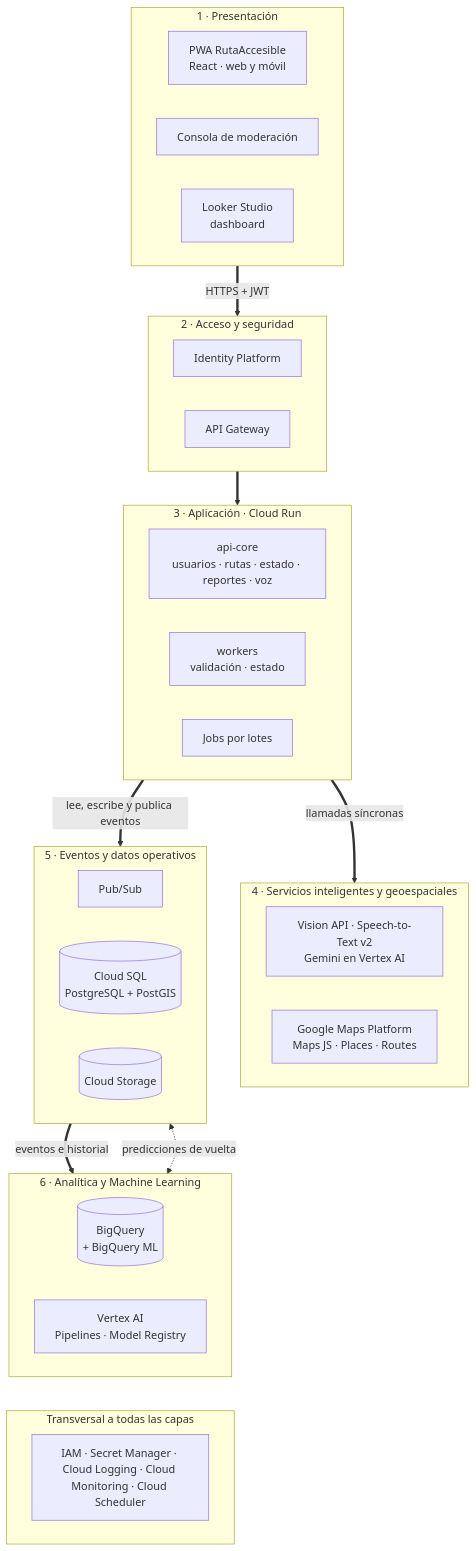
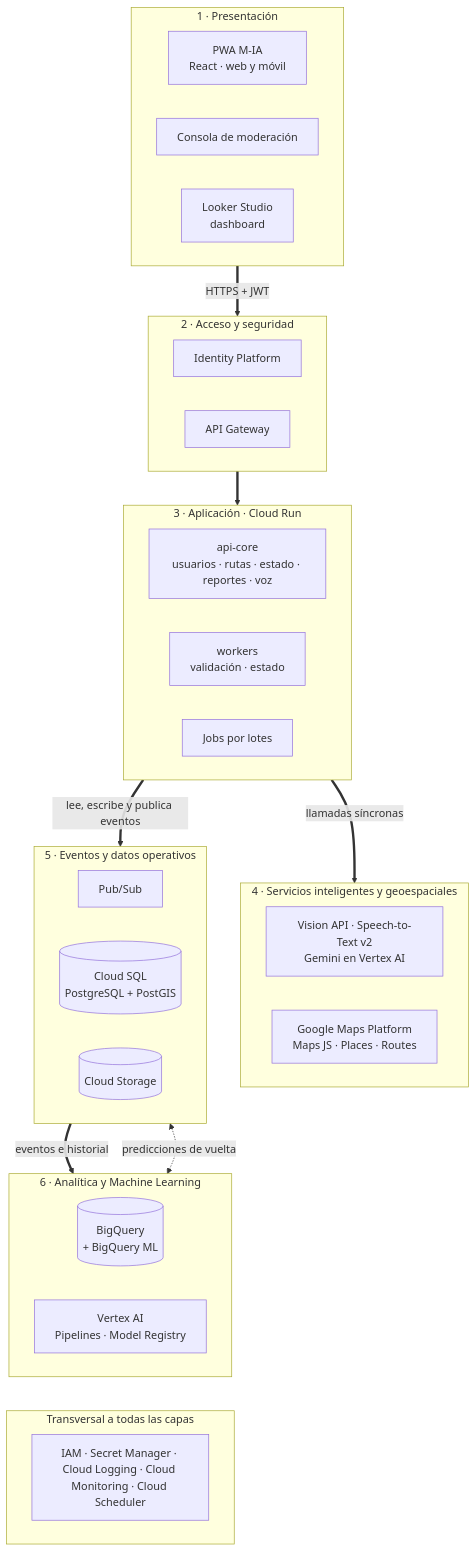
One commit to Abraham-Buenrostro-Cruces/M-IA changed the first of 3 diagrams in docs/arquitectura/02-arquitectura-general.md. Above: the diagram before and after it, drawn with Mermaid. The commit also changed other lines of this file and 24 other files, not shown here.

````diff
--- a/docs/arquitectura/02-arquitectura-general.md
+++ b/docs/arquitectura/02-arquitectura-general.md
@@ -44,48 +44,48 @@
 ```mermaid
 flowchart TB
   subgraph L1["1 · Presentación"]
     direction LR
-    PWA["PWA RutaAccesible<br/>React · web y móvil"]
+    PWA["PWA M-IA<br/>React · web y móvil"]
     ADM["Consola de moderación"]
     LKS["Looker Studio<br/>dashboard"]
   end
   subgraph L2["2 · Acceso y seguridad"]
     direction LR
     IDP["Identity Platform"]
     APIGW["API Gateway"]
   end
   subgraph L3["3 · Aplicación · Cloud Run"]
     direction LR
     API["api-core<br/>usuarios · rutas · estado · reportes · voz"]
     WRK["workers<br/>validación · estado"]
     JOBS["Jobs por lotes"]
   end
   subgraph L4["4 · Servicios inteligentes y geoespaciales"]
     direction LR
     AI["Vision API · Speech-to-Text v2<br/>Gemini en Vertex AI"]
     MAPS["Google Maps Platform<br/>Maps JS · Places · Routes"]
   end
   subgraph L5["5 · Eventos y datos operativos"]
     direction LR
     PS["Pub/Sub"]
     SQL[("Cloud SQL<br/>PostgreSQL + PostGIS")]
     GCS[("Cloud Storage")]
   end
   subgraph L6["6 · Analítica y Machine Learning"]
     direction LR
     BQ[("BigQuery<br/>+ BigQuery ML")]
     VAI["Vertex AI<br/>Pipelines · Model Registry"]
   end
   subgraph L7["Transversal a todas las capas"]
     direction LR
     T["IAM · Secret Manager · Cloud Logging · Cloud Monitoring · Cloud Scheduler"]
   end
 
   L1 ==>|"HTTPS + JWT"| L2
   L2 ==> L3
   L3 ==>|"llamadas síncronas"| L4
   L3 ==>|"lee, escribe y publica eventos"| L5
   L5 ==>|"eventos e historial"| L6
   L5 <-.->|"predicciones de vuelta"| L6
   L6 ~~~ L7
 ```
````
